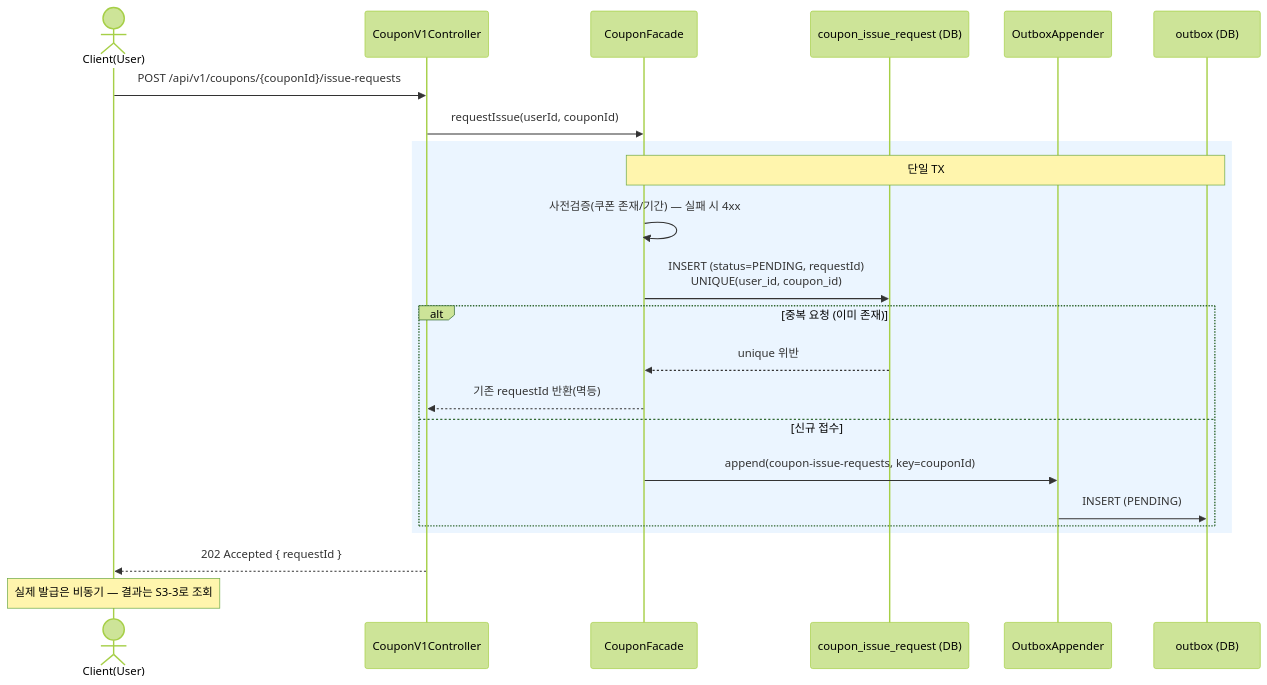
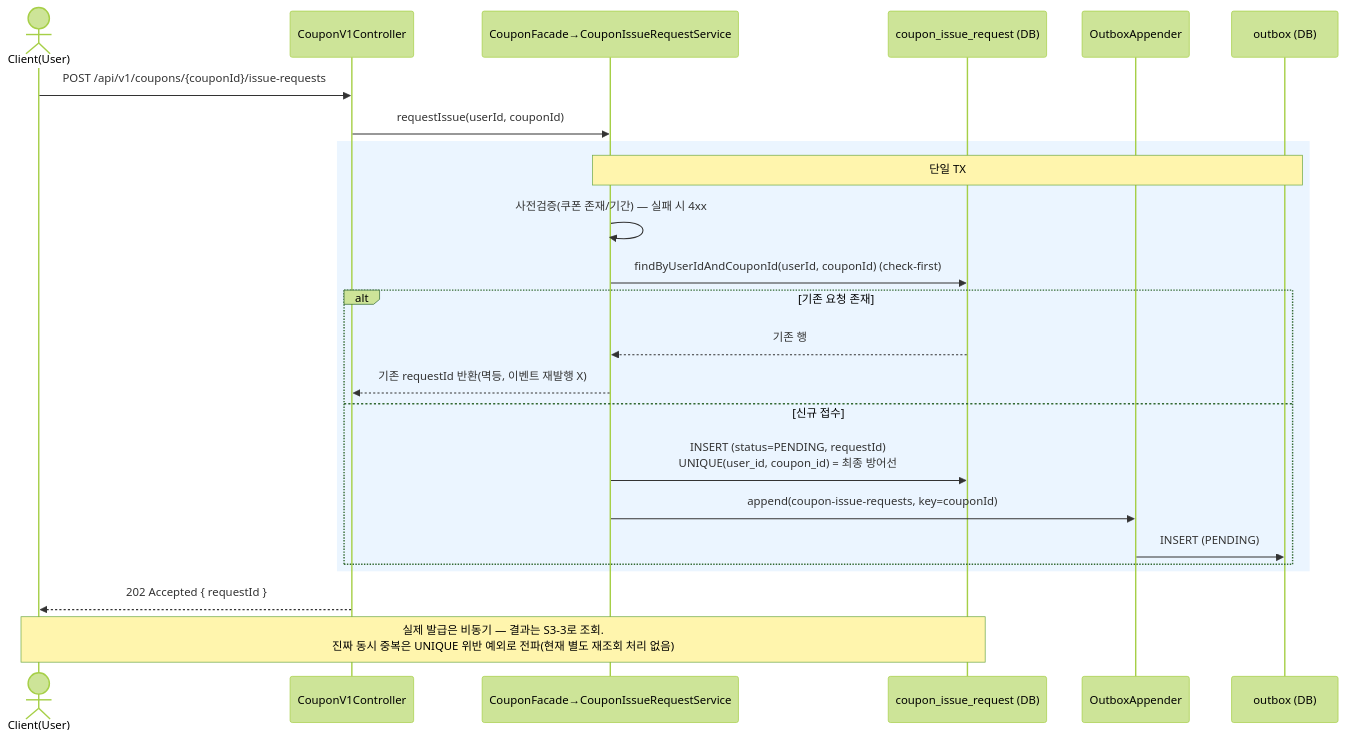
The seventh of 10 diagrams in docs/week7/02-sequence-diagrams.md (gamewithfriend/loop-pack-be-l2-vol4-java), drawn with Mermaid (forest theme) before and after one commit. The commit also changed other lines of this file and 1 other file, not shown here.

First line of the commit message:
docs(week7): 요구사항·시퀀스 다이어그램을 현재 구현에 동기화

````diff
--- a/docs/week7/02-sequence-diagrams.md
+++ b/docs/week7/02-sequence-diagrams.md
@@ -206,26 +211,27 @@
 ```mermaid
 sequenceDiagram
     actor U as Client(User)
     participant CCtrl as CouponV1Controller
-    participant CFac as CouponFacade
+    participant CFac as CouponFacade→CouponIssueRequestService
     participant CIR as coupon_issue_request (DB)
     participant Appender as OutboxAppender
     participant OBox as outbox (DB)
 
     U->>CCtrl: POST /api/v1/coupons/{couponId}/issue-requests
     CCtrl->>CFac: requestIssue(userId, couponId)
     rect rgb(235,245,255)
     note over CFac,OBox: 단일 TX
     CFac->>CFac: 사전검증(쿠폰 존재/기간) — 실패 시 4xx
-    CFac->>CIR: INSERT (status=PENDING, requestId)<br/>UNIQUE(user_id, coupon_id)
-    alt 중복 요청 (이미 존재)
-        CIR-->>CFac: unique 위반
-        CFac-->>CCtrl: 기존 requestId 반환(멱등)
+    CFac->>CIR: findByUserIdAndCouponId(userId, couponId)  (check-first)
+    alt 기존 요청 존재
+        CIR-->>CFac: 기존 행
+        CFac-->>CCtrl: 기존 requestId 반환(멱등, 이벤트 재발행 X)
     else 신규 접수
+        CFac->>CIR: INSERT (status=PENDING, requestId)<br/>UNIQUE(user_id, coupon_id) = 최종 방어선
         CFac->>Appender: append(coupon-issue-requests, key=couponId)
         Appender->>OBox: INSERT (PENDING)
     end
     end
     CCtrl-->>U: 202 Accepted { requestId }
-    note over U: 실제 발급은 비동기 — 결과는 S3-3로 조회
+    note over U,CIR: 실제 발급은 비동기 — 결과는 S3-3로 조회.<br/>진짜 동시 중복은 UNIQUE 위반 예외로 전파(현재 별도 재조회 처리 없음)
 ```
````
